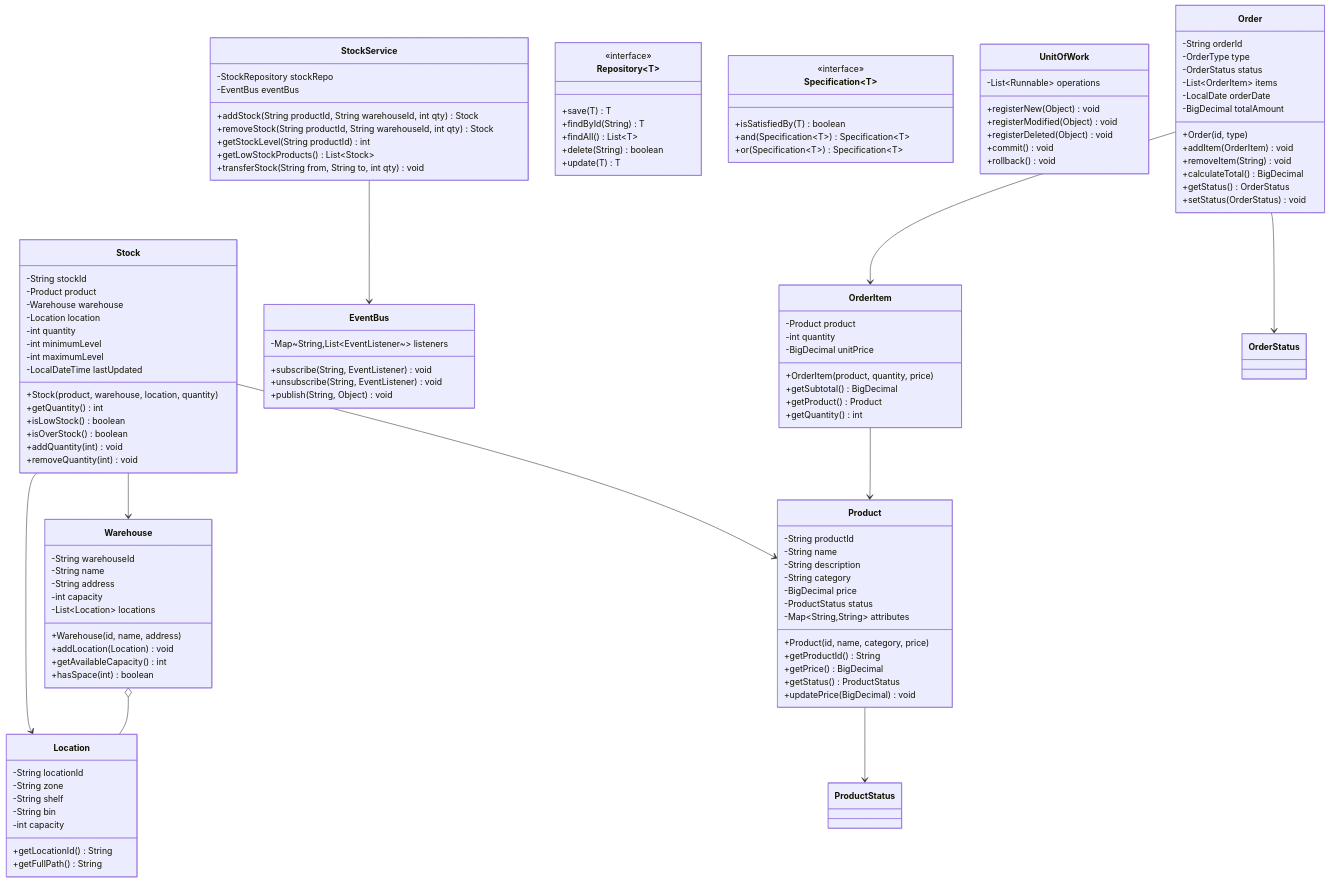
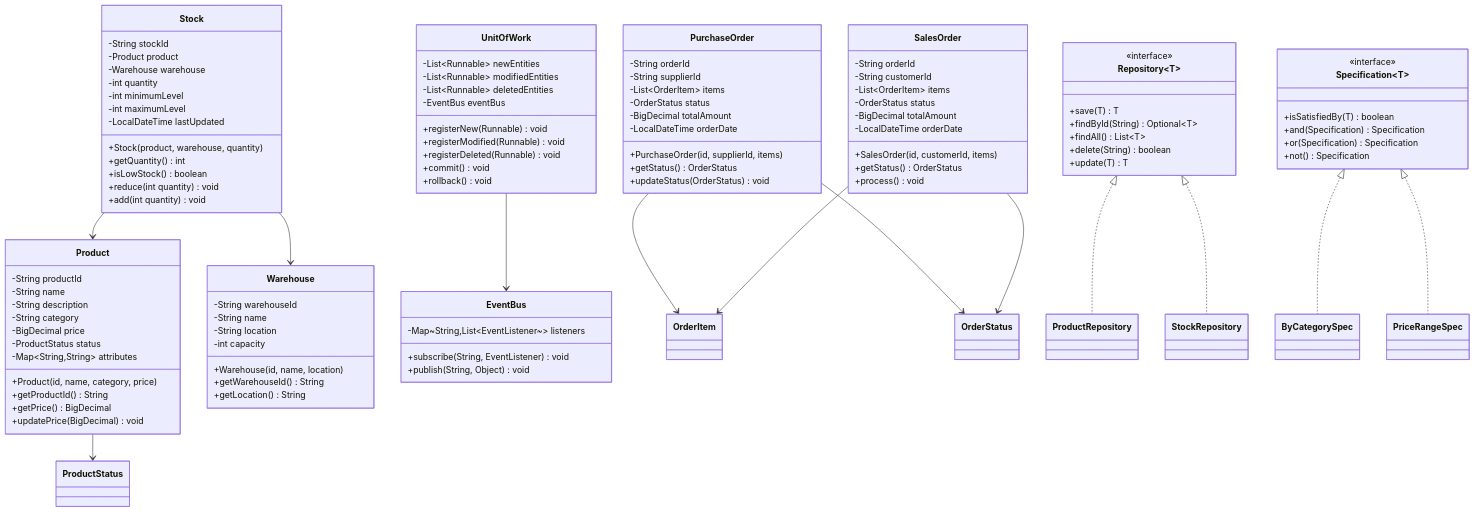
The second of 2 diagrams in 01-programming-languages/Java/02-oop/33-mini-projects/advanced/inventory-management/README.md (javaengineeringacademy/java-engineering-academy), drawn with Mermaid before and after one commit. The commit also changed other lines of this file and 48 other files, not shown here.

First line of the commit message:
fix: final polish for 10/10 - split long READMEs, fix duplicates, add diagrams

````diff
--- a/01-programming-languages/Java/02-oop/33-mini-projects/advanced/inventory-management/README.md
+++ b/01-programming-languages/Java/02-oop/33-mini-projects/advanced/inventory-management/README.md
@@ -172,78 +167,62 @@
         +Product(id, name, category, price)
         +getProductId() String
         +getPrice() BigDecimal
-        +getStatus() ProductStatus
         +updatePrice(BigDecimal) void
     }
     
     class Warehouse {
         -String warehouseId
         -String name
-        -String address
+        -String location
         -int capacity
-        -List~Location~ locations
-        +Warehouse(id, name, address)
-        +addLocation(Location) void
-        +getAvailableCapacity() int
-        +hasSpace(int) boolean
-    }
-    
-    class Location {
-        -String locationId
-        -String zone
-        -String shelf
-        -String bin
-        -int capacity
-        +getLocationId() String
-        +getFullPath() String
+        +Warehouse(id, name, location)
+        +getWarehouseId() String
+        +getLocation() String
     }
     
     class Stock {
         -String stockId
         -Product product
         -Warehouse warehouse
-        -Location location
         -int quantity
         -int minimumLevel
         -int maximumLevel
         -LocalDateTime lastUpdated
-        +Stock(product, warehouse, location, quantity)
+        +Stock(product, warehouse, quantity)
         +getQuantity() int
         +isLowStock() boolean
-        +isOverStock() boolean
-        +addQuantity(int) void
-        +removeQuantity(int) void
+        +reduce(int quantity) void
+        +add(int quantity) void
     }
     
-    class Order {
+    class PurchaseOrder {
         -String orderId
-        -OrderType type
+        -String supplierId
+        -List~OrderItem~ items
         -OrderStatus status
-        -List~OrderItem~ items
-        -LocalDate orderDate
         -BigDecimal totalAmount
-        +Order(id, type)
-        +addItem(OrderItem) void
-        +removeItem(String) void
-        +calculateTotal() BigDecimal
+        -LocalDateTime orderDate
+        +PurchaseOrder(id, supplierId, items)
         +getStatus() OrderStatus
-        +setStatus(OrderStatus) void
+        +updateStatus(OrderStatus) void
     }
     
-    class OrderItem {
-        -Product product
-        -int quantity
-        -BigDecimal unitPrice
-        +OrderItem(product, quantity, price)
-        +getSubtotal() BigDecimal
-        +getProduct() Product
-        +getQuantity() int
+    class SalesOrder {
+        -String orderId
+        -String customerId
+        -List~OrderItem~ items
+        -OrderStatus status
+        -BigDecimal totalAmount
+        -LocalDateTime orderDate
+        +SalesOrder(id, customerId, items)
+        +getStatus() OrderStatus
+        +process() void
     }
     
     class Repository~T~ {
         <<interface>>
         +save(T) T
-        +findById(String) T
+        +findById(String) Optional~T~
         +findAll() List~T~
         +delete(String) boolean
         +update(T) T
@@ -252,15 +231,19 @@
     class Specification~T~ {
         <<interface>>
         +isSatisfiedBy(T) boolean
-        +and(Specification~T~) Specification~T~
-        +or(Specification~T~) Specification~T~
+        +and(Specification) Specification
+        +or(Specification) Specification
+        +not() Specification
     }
     
     class UnitOfWork {
-        -List~Runnable~ operations
-        +registerNew(Object) void
-        +registerModified(Object) void
-        +registerDeleted(Object) void
+        -List~Runnable~ newEntities
+        -List~Runnable~ modifiedEntities
+        -List~Runnable~ deletedEntities
+        -EventBus eventBus
+        +registerNew(Runnable) void
+        +registerModified(Runnable) void
+        +registerDeleted(Runnable) void
         +commit() void
         +rollback() void
     }
@@ -268,27 +251,19 @@
     class EventBus {
         -Map~String,List~EventListener~~ listeners
         +subscribe(String, EventListener) void
-        +unsubscribe(String, EventListener) void
         +publish(String, Object) void
     }
     
-    class StockService {
-        -StockRepository stockRepo
-        -EventBus eventBus
-        +addStock(String productId, String warehouseId, int qty) Stock
-        +removeStock(String productId, String warehouseId, int qty) Stock
-        +getStockLevel(String productId) int
-        +getLowStockProducts() List~Stock~
-        +transferStock(String from, String to, int qty) void
-    }
-    
     Product --> ProductStatus
-    Order --> OrderStatus
     Stock --> Product
     Stock --> Warehouse
-    Stock --> Location
-    Order --> OrderItem
-    OrderItem --> Product
-    Warehouse o-- Location
-    StockService --> EventBus
+    PurchaseOrder --> OrderItem
+    PurchaseOrder --> OrderStatus
+    SalesOrder --> OrderItem
+    SalesOrder --> OrderStatus
+    Repository <|.. ProductRepository
+    Repository <|.. StockRepository
+    Specification <|.. ByCategorySpec
+    Specification <|.. PriceRangeSpec
+    UnitOfWork --> EventBus
 ```
````
